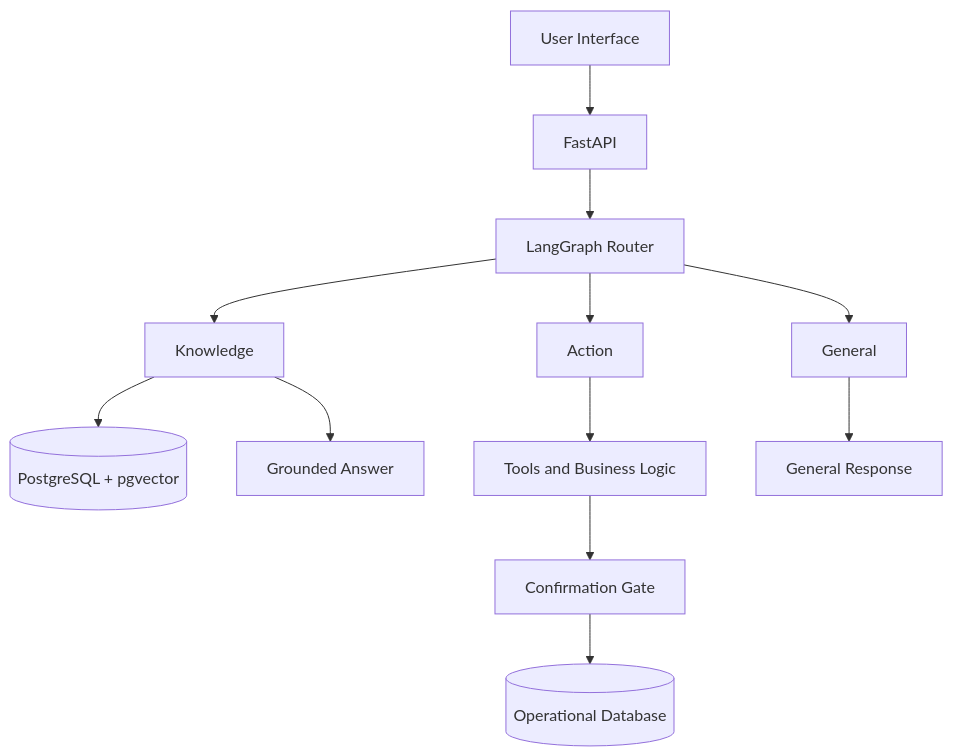
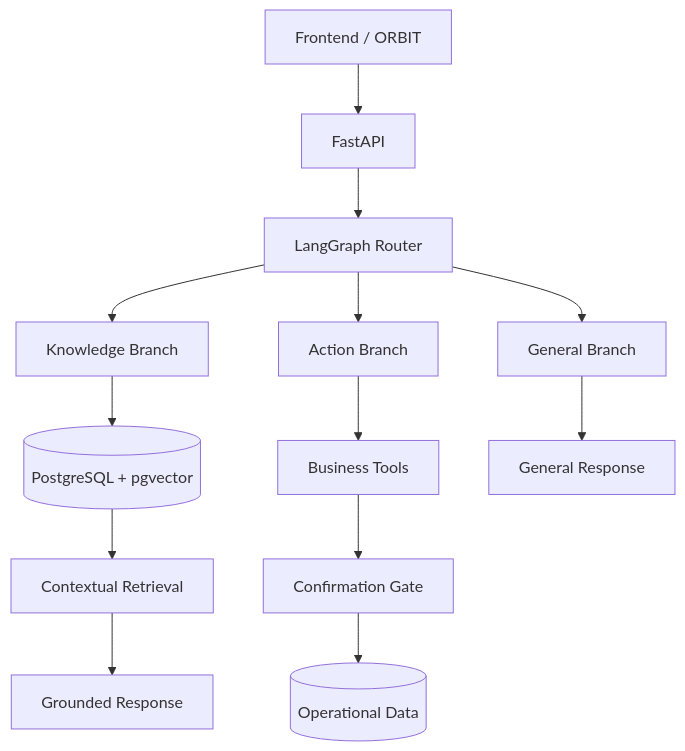
The first of 2 diagrams in README.md (Aravindan-001/Aravindan-001), drawn with Mermaid before and after one commit. The commit also changed other lines of this file, not shown here.

````diff
--- a/README.md
+++ b/README.md
@@ -329,14 +342,15 @@
 ```mermaid
 flowchart TD
-    A[User Interface] --> B[FastAPI]
+    A[Frontend / ORBIT] --> B[FastAPI]
     B --> C[LangGraph Router]
-    C --> D[Knowledge]
-    C --> E[Action]
-    C --> F[General]
+    C --> D[Knowledge Branch]
+    C --> E[Action Branch]
+    C --> F[General Branch]
     D --> G[(PostgreSQL + pgvector)]
-    D --> H[Grounded Answer]
-    E --> I[Tools and Business Logic]
-    I --> J[Confirmation Gate]
-    J --> K[(Operational Database)]
-    F --> L[General Response]
+    G --> H[Contextual Retrieval]
+    H --> I[Grounded Response]
+    E --> J[Business Tools]
+    J --> K[Confirmation Gate]
+    K --> L[(Operational Data)]
+    F --> M[General Response]
 ```
````
